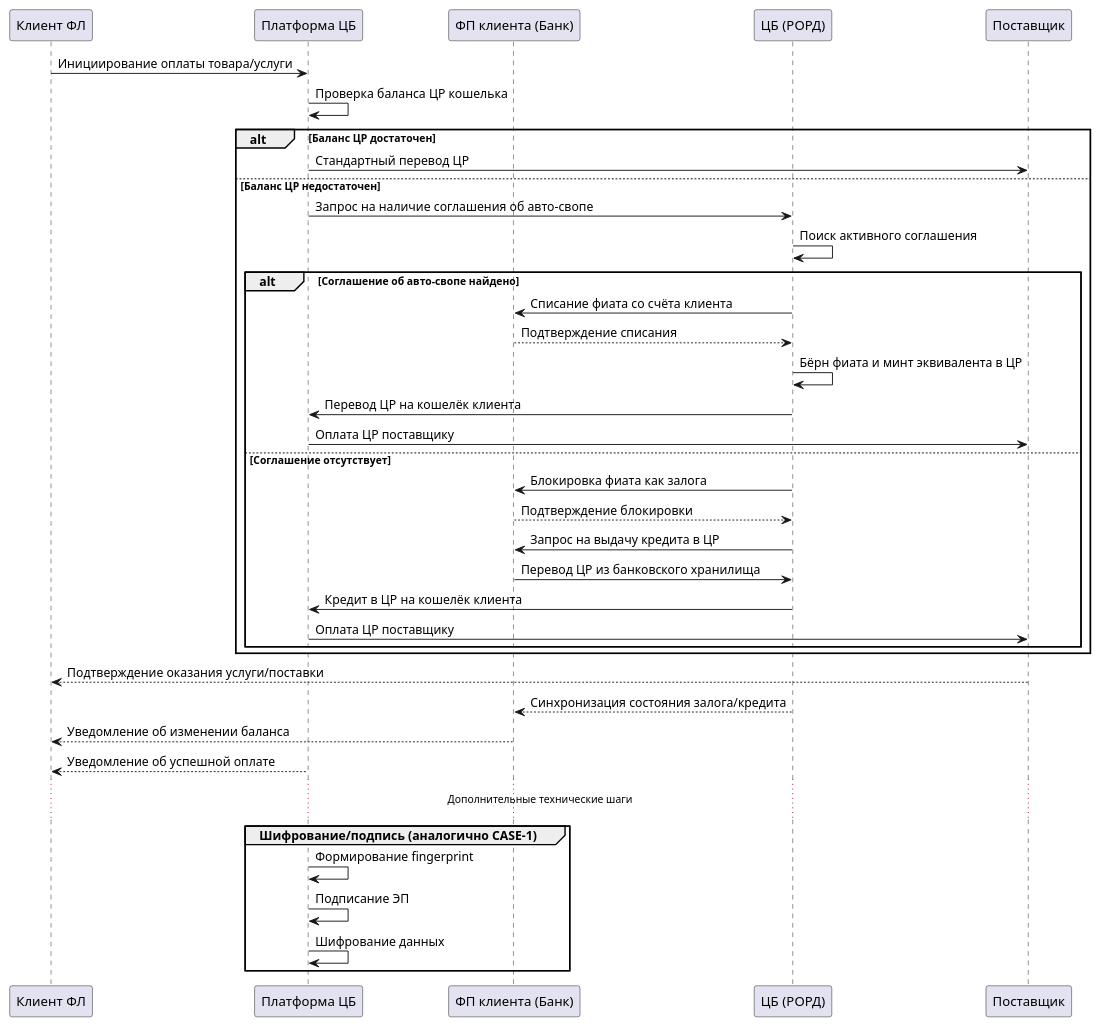
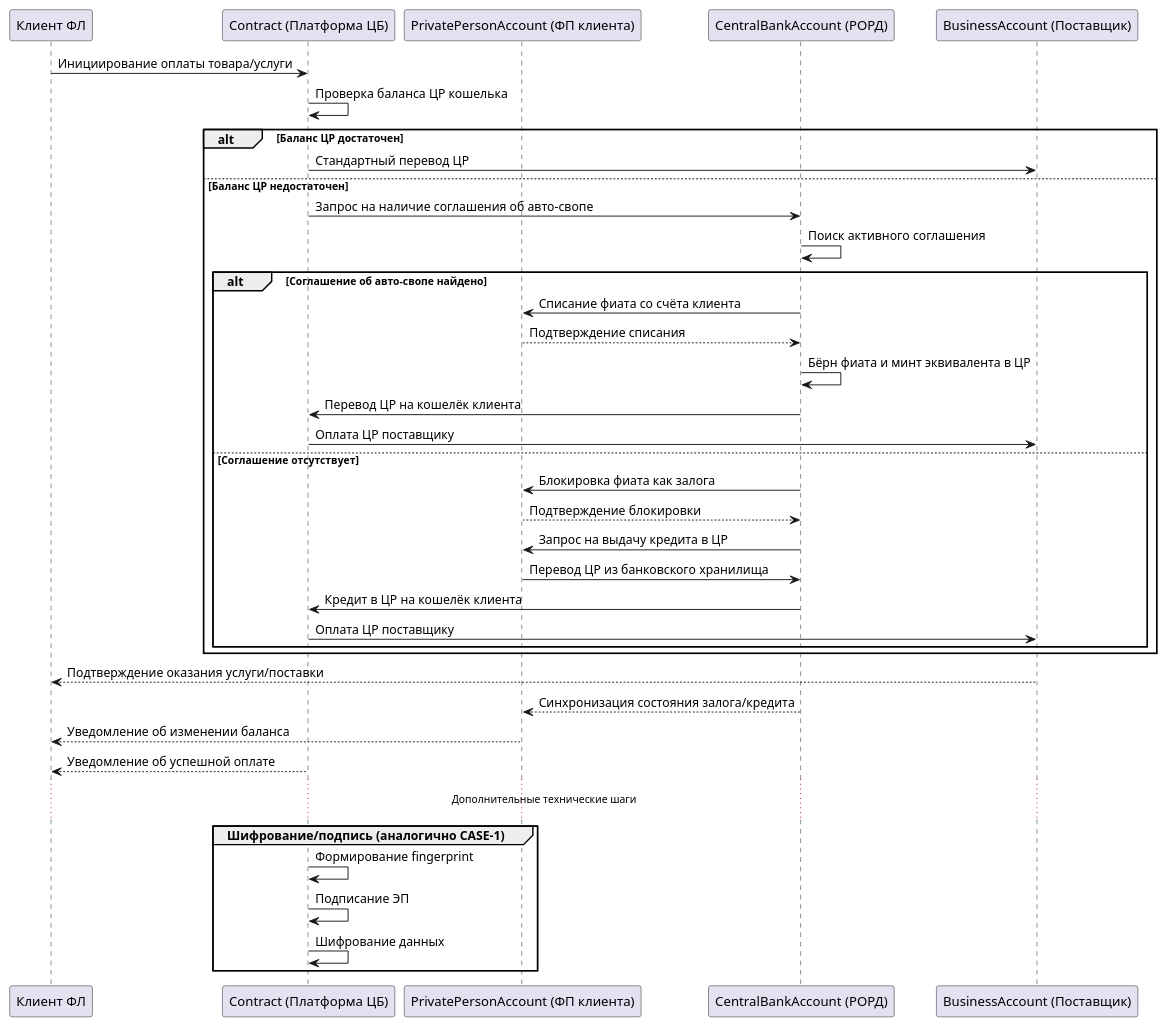
Before and after one commit to codez0mb1e/cbdc-architecture: the diagram in transact.puml, drawn with PlantUML.

```diff
--- a/transact.puml
+++ b/transact.puml
@@ -1,43 +1,44 @@
 @startuml
 participant "Клиент ФЛ" as client
-participant "Платформа ЦБ" as platform
-participant "ФП клиента (Банк)" as fp
-participant "ЦБ (РОРД)" as cb
-participant "Поставщик" as provider
+participant "Сontract (Платформа ЦБ)" as platform
+participant "PrivatePersonAccount (ФП клиента)" as fp
+participant "СentralBankAccount (РОРД)" as cb
+participant "BusinessAccount (Поставщик)" as provider
+
 
 client -> platform: Инициирование оплаты товара/услуги
 platform -> platform: Проверка баланса ЦР кошелька
 alt Баланс ЦР достаточен
     platform -> provider: Стандартный перевод ЦР
 else Баланс ЦР недостаточен
     platform -> cb: Запрос на наличие соглашения об авто-свопе
     cb -> cb: Поиск активного соглашения
     alt Соглашение об авто-свопе найдено
         cb -> fp: Списание фиата со счёта клиента
         fp --> cb: Подтверждение списания
         cb -> cb: Бёрн фиата и минт эквивалента в ЦР
         cb -> platform: Перевод ЦР на кошелёк клиента
         platform -> provider: Оплата ЦР поставщику
     else Соглашение отсутствует
         cb -> fp: Блокировка фиата как залога
         fp --> cb: Подтверждение блокировки
         cb -> fp: Запрос на выдачу кредита в ЦР
         fp -> cb: Перевод ЦР из банковского хранилища
         cb -> platform: Кредит в ЦР на кошелёк клиента
         platform -> provider: Оплата ЦР поставщику
     end
 end
 
 provider --> client: Подтверждение оказания услуги/поставки
 cb --> fp: Синхронизация состояния залога/кредита
 fp --> client: Уведомление об изменении баланса
 platform --> client: Уведомление об успешной оплате
 
 ... Дополнительные технические шаги ...
 group Шифрование/подпись (аналогично CASE-1)
     platform -> platform: Формирование fingerprint
     platform -> platform: Подписание ЭП
     platform -> platform: Шифрование данных
 end
 
 @enduml
```
